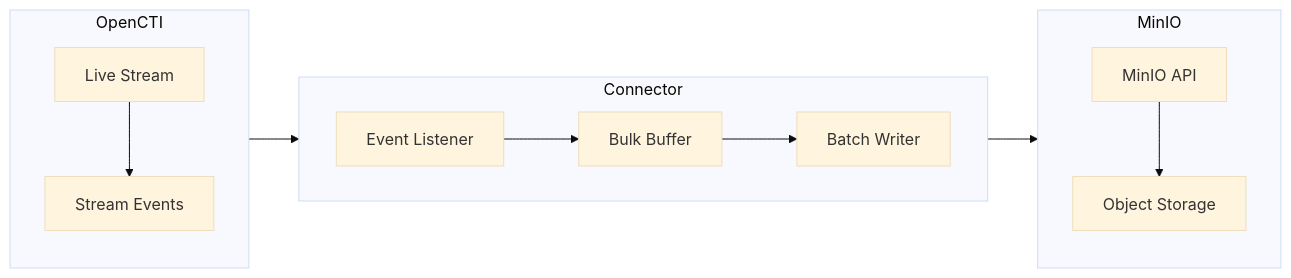
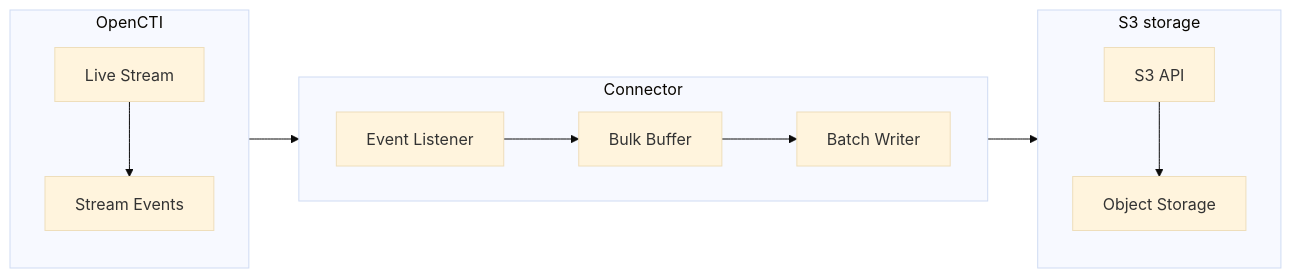
The diagram in stream/stream-exporter/README.md (OpenCTI-Platform/connectors), drawn with Mermaid (base theme) before and after one commit. The commit also changed other lines of this file and 19 other files, not shown here.

````diff
--- a/stream/stream-exporter/README.md
+++ b/stream/stream-exporter/README.md
@@ -152,28 +156,28 @@
 ```mermaid
 graph LR
     subgraph OpenCTI
         direction TB
         Stream[Live Stream]
         Events[Stream Events]
     end
 
     subgraph Connector
         direction LR
         Listen[Event Listener]
         Buffer[Bulk Buffer]
         Write[Batch Writer]
     end
 
-    subgraph MinIO
+    subgraph S3[S3 storage]
         direction TB
-        API[MinIO API]
+        API[S3 API]
         Bucket[Object Storage]
     end
 
     Stream --> Events
     Events --> Listen
     Listen --> Buffer
     Buffer --> Write
     Write --> API
     API --> Bucket
 ```
````
